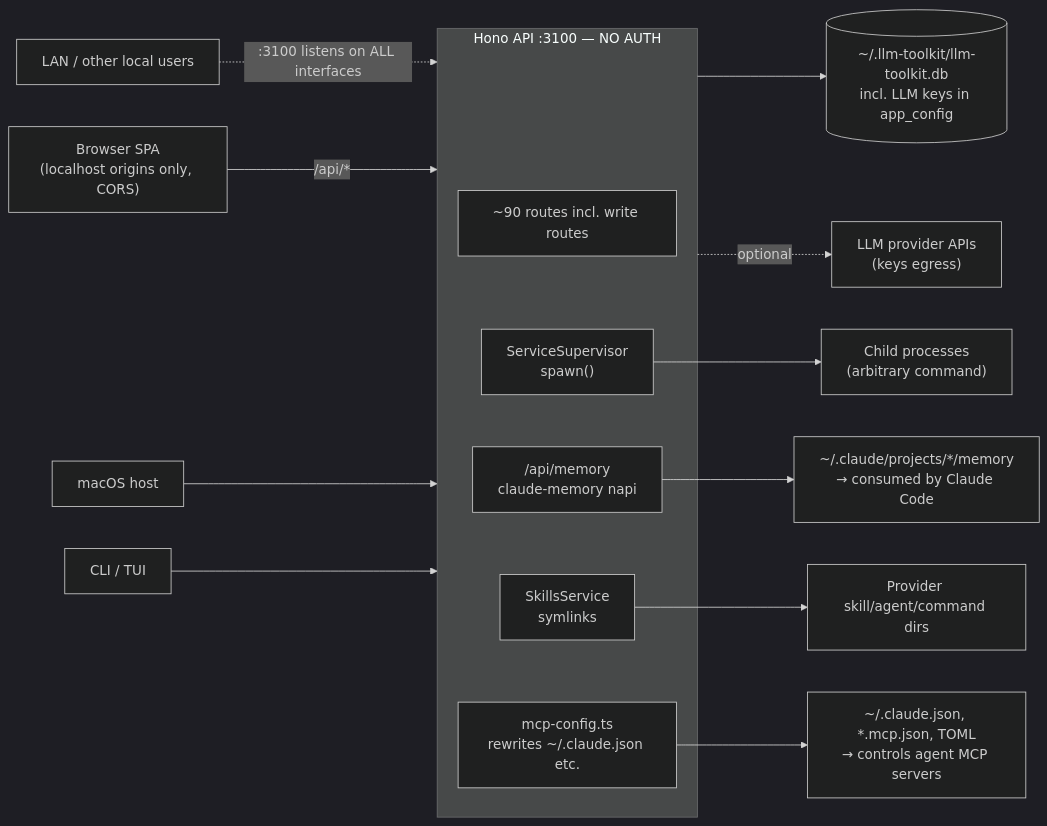
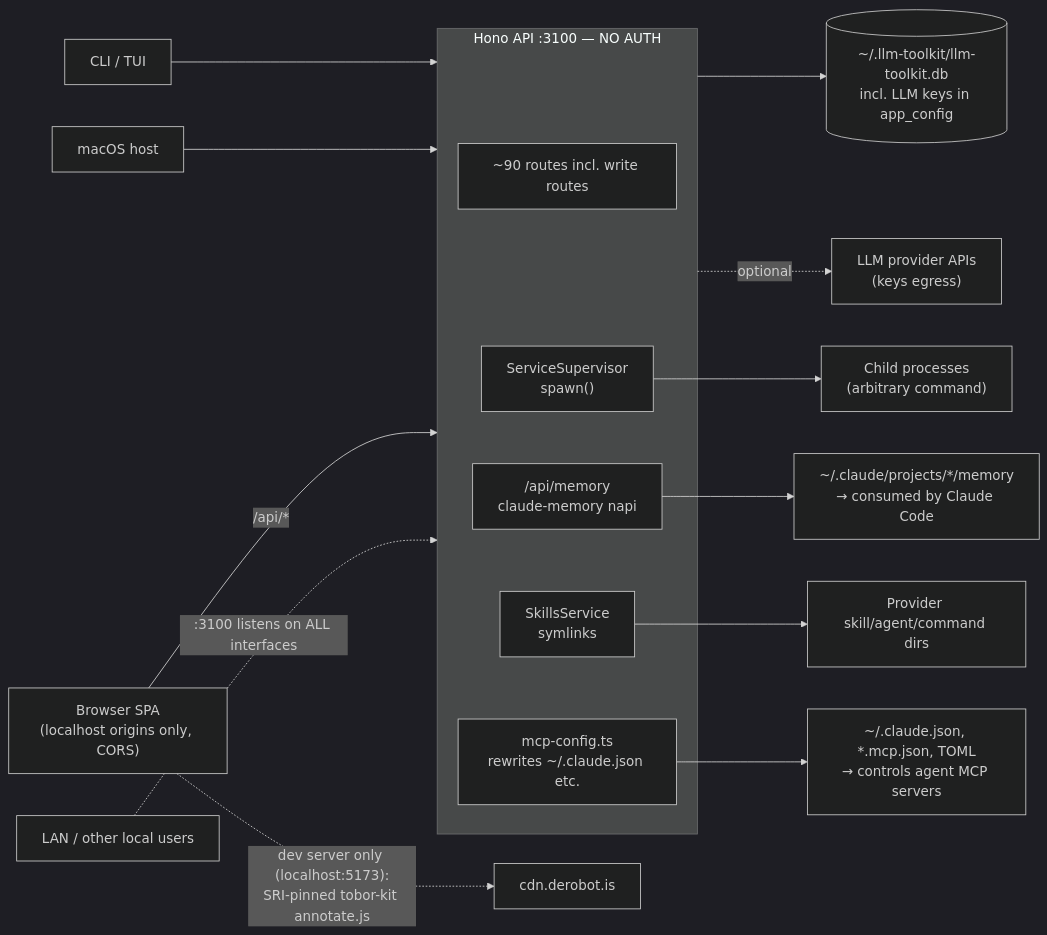
The diagram in docs/THREAT-MODEL.md (the-robot-lives/llm-toolkit), drawn with Mermaid (dark theme) before and after one commit. The commit also changed other lines of this file and 9 other files, not shown here.

Commit message:
docs: doc-sweep 2026-10-26 (layout/arch/schema/threat-model)

````diff
--- a/docs/THREAT-MODEL.md
+++ b/docs/THREAT-MODEL.md
@@ -13,22 +13,23 @@
 ```mermaid
 graph LR
     LAN["LAN / other local users"] -.->|:3100 listens on ALL interfaces| API
     WEB["Browser SPA<br/>(localhost origins only, CORS)"] -->|/api/*| API
+    WEB -.->|"dev server only (localhost:5173):<br/>SRI-pinned tobor-kit annotate.js"| CDN["cdn.derobot.is"]
     MAC["macOS host"] --> API
     CLI["CLI / TUI"] --> API
 
     subgraph API["Hono API :3100 — NO AUTH"]
         ROUTES["~90 routes incl. write routes"]
         SUP["ServiceSupervisor<br/>spawn()"]
         MEM["/api/memory<br/>claude-memory napi"]
         SKL["SkillsService<br/>symlinks"]
         MCPW["mcp-config.ts<br/>rewrites ~/.claude.json etc."]
     end
 
     API --> DB[("~/.llm-toolkit/llm-toolkit.db<br/>incl. LLM keys in app_config")]
     SUP --> PROC["Child processes<br/>(arbitrary command)"]
     MEM --> MEMDIR["~/.claude/projects/*/memory<br/>→ consumed by Claude Code"]
     SKL --> DEST["Provider skill/agent/command dirs"]
     MCPW --> HCFG["~/.claude.json, *.mcp.json, TOML<br/>→ controls agent MCP servers"]
     API -.optional.-> EXT["LLM provider APIs<br/>(keys egress)"]
 ```
````
